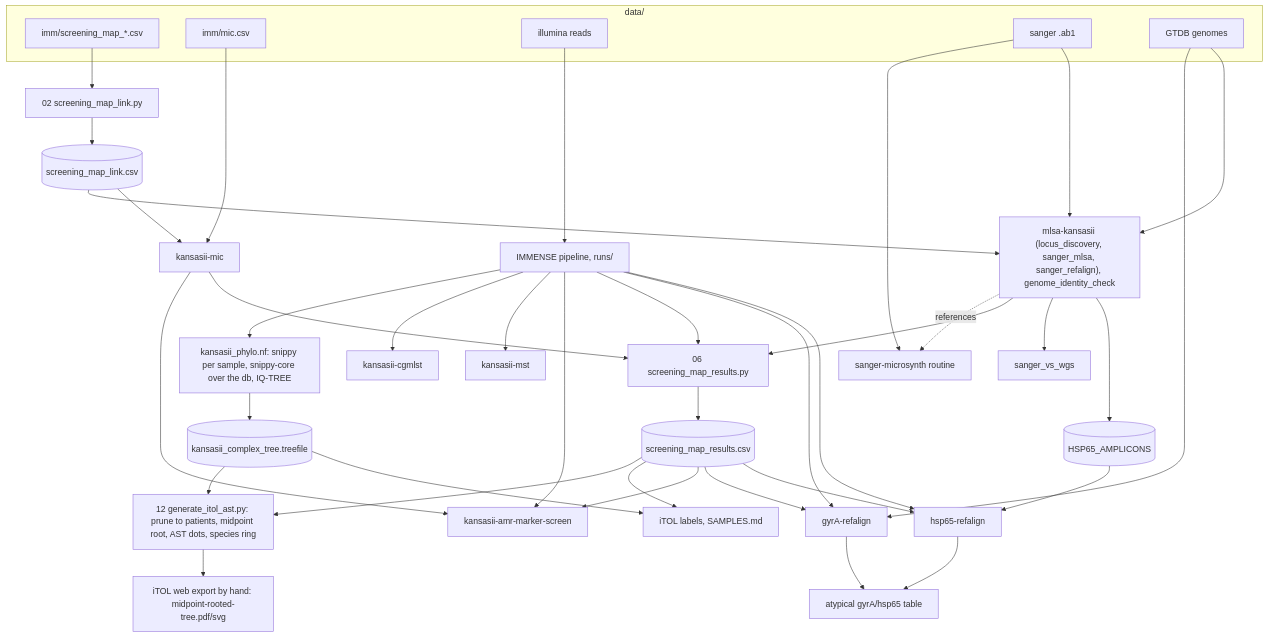
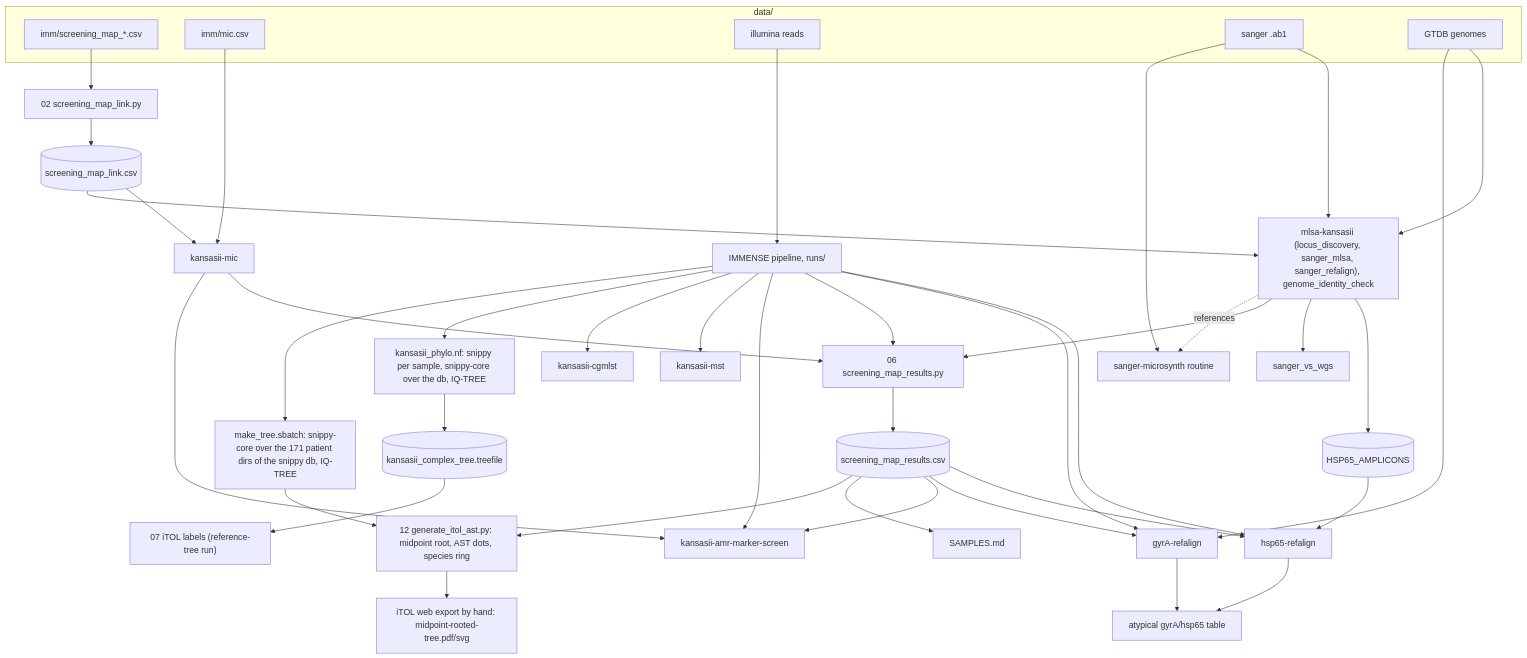
Before and after one commit to michaelmeuli/kansasii-docs: the diagram in docs/DATAFLOW.md, drawn with Mermaid. The commit also changed other lines of this file and 4 other files, not shown here.

````diff
--- a/docs/DATAFLOW.md
+++ b/docs/DATAFLOW.md
@@ -6,46 +6,47 @@
 ```mermaid
 flowchart TD
   subgraph inputs ["data/"]
     SM["imm/screening_map_*.csv"]
     MICIN["imm/mic.csv"]
     READS["illumina reads"]
     SANG["sanger .ab1"]
     GTDB["GTDB genomes"]
   end
   SM --> LINK["02 screening_map_link.py"]
   LINK --> LT[("screening_map_link.csv")]
   READS --> PIPE["IMMENSE pipeline, runs/"]
   LT --> MIC["kansasii-mic"]
   MICIN --> MIC
   GTDB --> MLSA["mlsa-kansasii (locus_discovery, sanger_mlsa, sanger_refalign), genome_identity_check"]
   MLSA --> AMP[("HSP65_AMPLICONS")]
   SANG --> MLSA
   LT --> MLSA
   MLSA --> M4["sanger_vs_wgs"]
   AMP --> HSPR["hsp65-refalign"]
   RT --> HSPR
   PIPE --> HSPR
   GTDB --> GYR["gyrA-refalign"]
   RT --> GYR
   PIPE --> GYR
   HSPR --> ATY["atypical gyrA/hsp65 table"]
   GYR --> ATY
   MIC --> RES["06 screening_map_results.py"]
   MLSA --> RES
   PIPE --> RES
   RES --> RT[("screening_map_results.csv")]
   RT --> AMR["kansasii-amr-marker-screen"]
   MIC --> AMR
   PIPE --> AMR
   PIPE --> MST["kansasii-mst"]
   PIPE --> CG["kansasii-cgmlst"]
-  RT --> ITOL["iTOL labels, SAMPLES.md"]
+  RT --> REP["SAMPLES.md"]
   PIPE --> TREE["kansasii_phylo.nf: snippy per sample, snippy-core over the db, IQ-TREE"]
   TREE --> TT[("kansasii_complex_tree.treefile")]
-  TT --> ITOL
-  TT --> AST["12 generate_itol_ast.py: prune to patients, midpoint root, AST dots, species ring"]
+  TT --> ITOL["07 iTOL labels (reference-tree run)"]
+  PIPE --> T171["make_tree.sbatch: snippy-core over the 171 patient dirs of the snippy db, IQ-TREE"]
+  T171 --> AST["12 generate_itol_ast.py: midpoint root, AST dots, species ring"]
   RT --> AST
   AST --> FIG["iTOL web export by hand: midpoint-rooted-tree.pdf/svg"]
   SANG --> MS["sanger-microsynth routine"]
   MLSA -. references .-> MS
 ```
````
